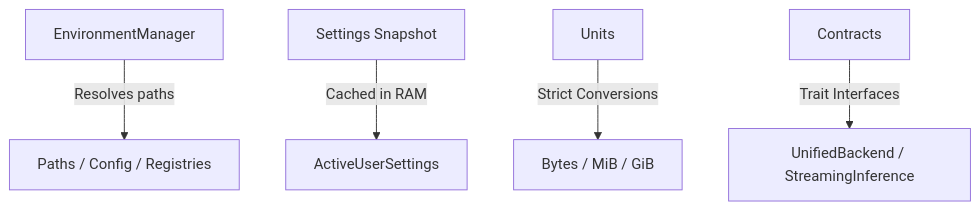
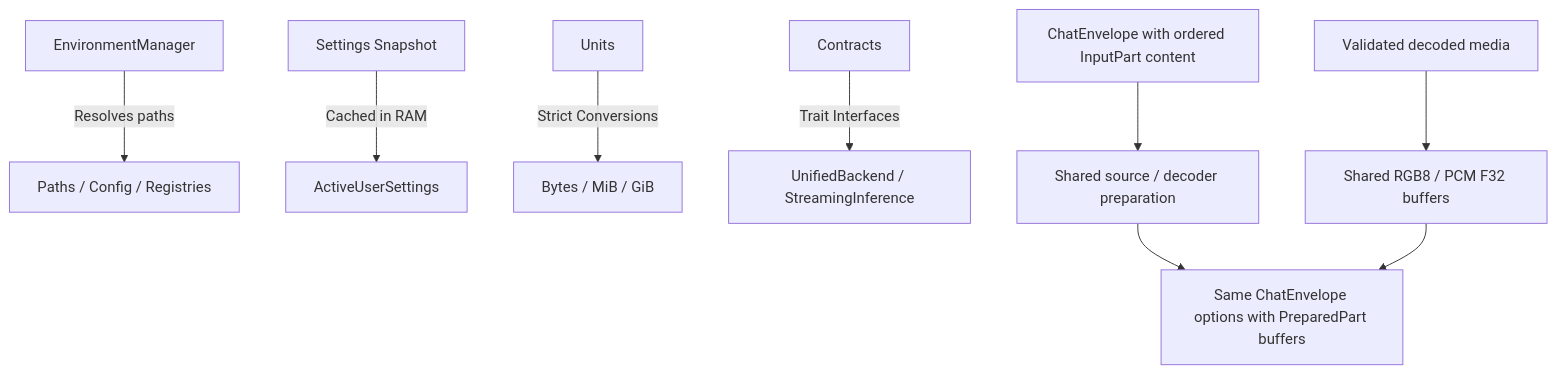
The diagram in engine/core/README.md (cluaiz/cluaiz), drawn with Mermaid before and after one commit. The commit also changed other lines of this file and 7 other files, not shown here.

````diff
--- a/engine/core/README.md
+++ b/engine/core/README.md
@@ -7,7 +7,11 @@
 ```mermaid
 graph TD
     A[EnvironmentManager] -->|Resolves paths| B[Paths / Config / Registries]
     C[Settings Snapshot] -->|Cached in RAM| D[ActiveUserSettings]
     E[Units] -->|Strict Conversions| F[Bytes / MiB / GiB]
     G[Contracts] -->|Trait Interfaces| H[UnifiedBackend / StreamingInference]
+    I["Validated decoded media"] --> J["Shared RGB8 / PCM F32 buffers"]
+    K["ChatEnvelope with ordered InputPart content"] --> L["Shared source / decoder preparation"]
+    L --> M["Same ChatEnvelope options with PreparedPart buffers"]
+    J --> M
 ```
````
